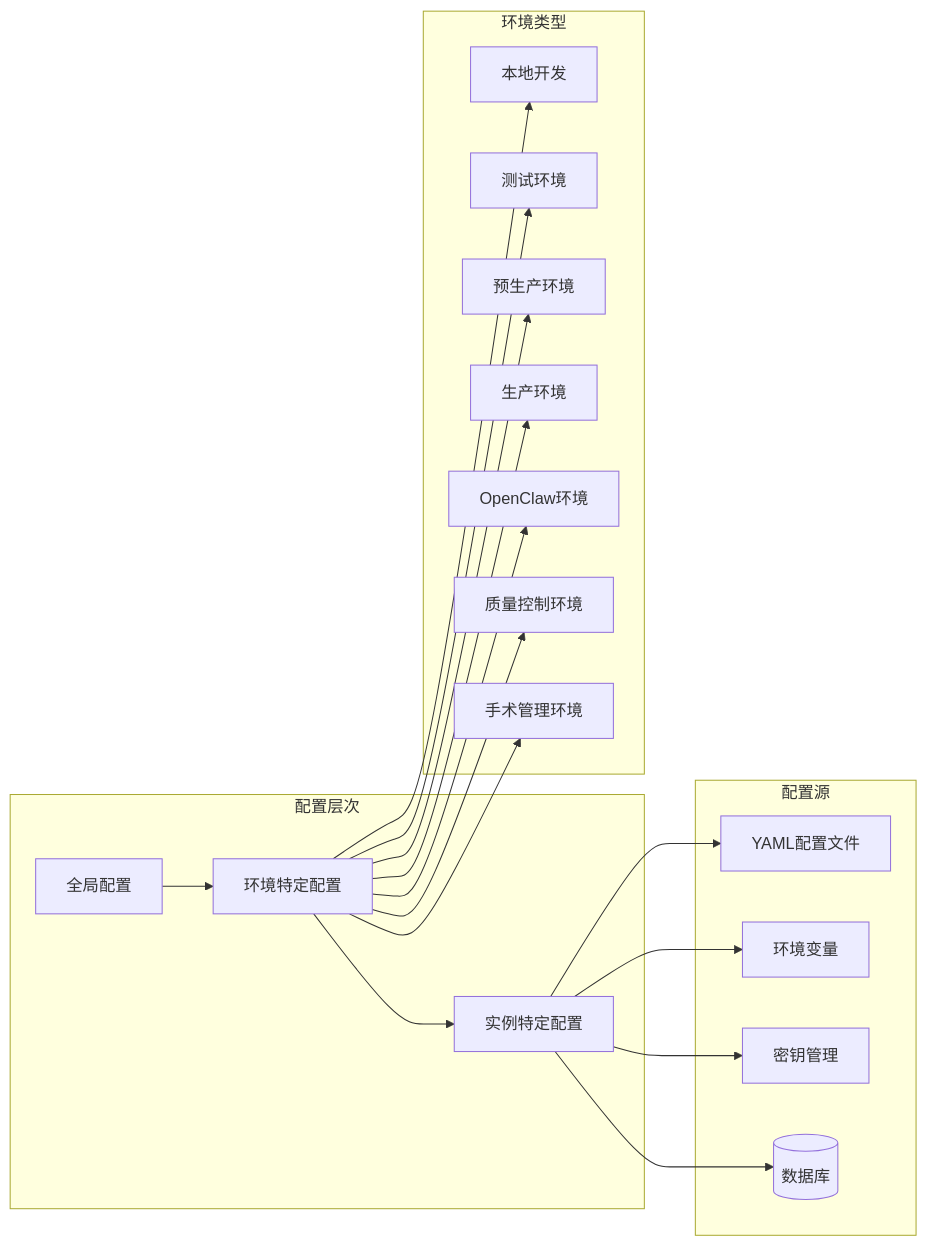
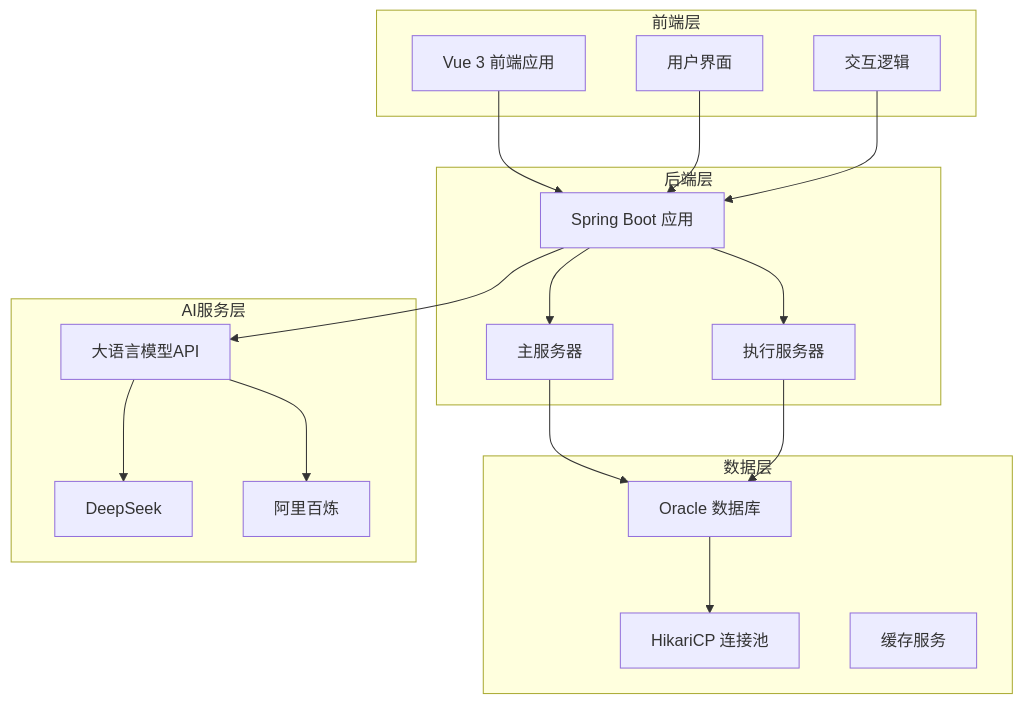
One commit to liuzh2008/med_ai_assistant_workspace changed the fourth of 9 diagrams in .qoder/repowiki/zh/content/Update Summary/Update Summary.md. Above: the diagram before and after it, drawn with Mermaid. The commit also changed other lines of this file and 5 other files, not shown here.

````diff
--- a/.qoder/repowiki/zh/content/Update Summary/Update Summary.md
+++ b/.qoder/repowiki/zh/content/Update Summary/Update Summary.md
@@ -399,36 +189,34 @@
 ```mermaid
-graph LR
-subgraph "配置层次"
-Global[全局配置]
-Environment[环境特定配置]
-Instance[实例特定配置]
+graph TB
+subgraph "前端层"
+A[Vue 3 前端应用]
+B[用户界面]
+C[交互逻辑]
 end
-subgraph "环境类型"
-Local[本地开发]
-Test[测试环境]
-Stage[预生产环境]
-Prod[生产环境]
-OpenClaw[OpenClaw环境]
-QC[质量控制环境]
-Surgery[手术管理环境]
+subgraph "后端层"
+D[Spring Boot 应用]
+E[主服务器]
+F[执行服务器]
 end
-subgraph "配置源"
-YAML[YAML配置文件]
-ENV[环境变量]
-Secret[密钥管理]
-DB[(数据库)]
+subgraph "数据层"
+G[Oracle 数据库]
+H[HikariCP 连接池]
+I[缓存服务]
 end
-Global --> Environment
-Environment --> Instance
-Environment --> Local
-Environment --> Test
-Environment --> Stage
-Environment --> Prod
-Environment --> OpenClaw
-Environment --> QC
-Environment --> Surgery
-Instance --> YAML
-Instance --> ENV
-Instance --> Secret
-Instance --> DB
+subgraph "AI服务层"
+J[大语言模型API]
+K[DeepSeek]
+L[阿里百炼]
+end
+A --> D
+B --> D
+C --> D
+D --> E
+D --> F
+E --> G
+F --> G
+G --> H
+D --> J
+J --> K
+J --> L
 ```
````
